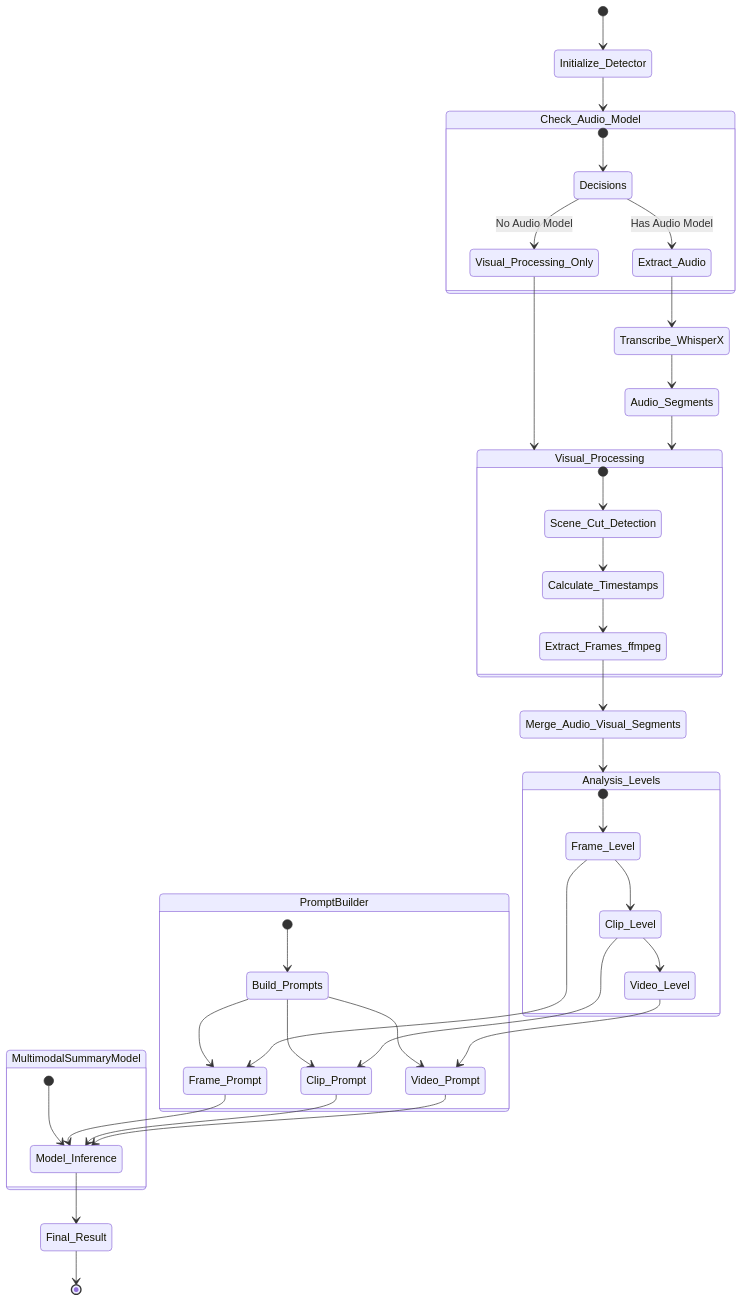
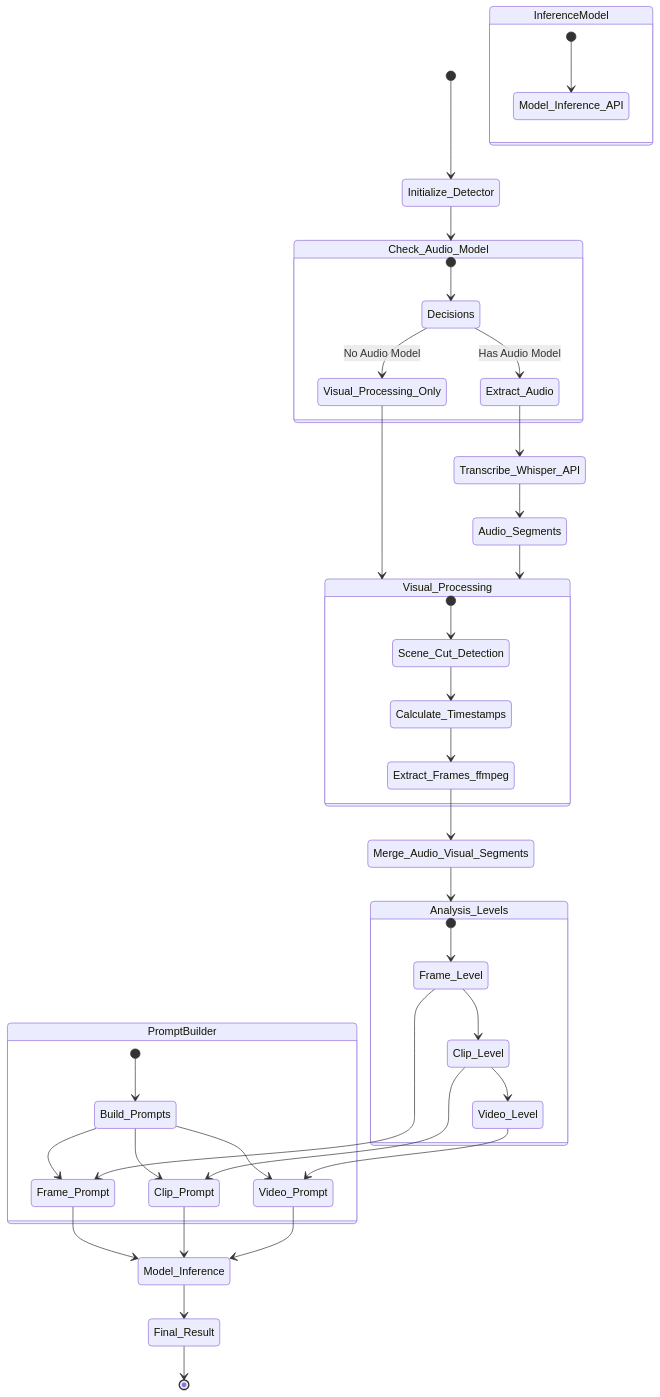
Before and after one commit to ssciwr/AMMICO: the diagram in docs/modules/video_summary.md, drawn with Mermaid. The commit also changed other lines of this file and 27 other files, not shown here.

First line of the commit message:
External inference api (#303)

````diff
--- a/docs/modules/video_summary.md
+++ b/docs/modules/video_summary.md
@@ -119,55 +120,55 @@
 ```mermaid
 stateDiagram-v2
     [*] --> Initialize_Detector
     Initialize_Detector --> Check_Audio_Model
 
     state Check_Audio_Model {
         [*] --> Decisions
         Decisions --> Extract_Audio : Has Audio Model
         Decisions --> Visual_Processing_Only : No Audio Model
     }
 
-    Extract_Audio --> Transcribe_WhisperX
-    Transcribe_WhisperX --> Audio_Segments
+    Extract_Audio --> Transcribe_Whisper_API
+    Transcribe_Whisper_API --> Audio_Segments
 
     state Visual_Processing {
         [*] --> Scene_Cut_Detection
         Scene_Cut_Detection --> Calculate_Timestamps
         Calculate_Timestamps --> Extract_Frames_ffmpeg
     }
 
     Visual_Processing_Only --> Visual_Processing
     Audio_Segments --> Visual_Processing
     Extract_Frames_ffmpeg --> Merge_Audio_Visual_Segments
 
     state Analysis_Levels {
         [*] --> Frame_Level
         Frame_Level --> Clip_Level
         Clip_Level --> Video_Level
     }
 
     Merge_Audio_Visual_Segments --> Analysis_Levels
 
-    state MultimodalSummaryModel {
-        [*] --> Model_Inference
+    state InferenceModel {
+        [*] --> Model_Inference_API
     }
     
     state PromptBuilder {
         [*] --> Build_Prompts
         Build_Prompts --> Frame_Prompt
         Build_Prompts --> Clip_Prompt
         Build_Prompts --> Video_Prompt
     }
 
     Frame_Level --> Frame_Prompt
     Frame_Prompt --> Model_Inference
     
     Clip_Level --> Clip_Prompt
     Clip_Prompt --> Model_Inference
     
     Video_Level --> Video_Prompt
     Video_Prompt --> Model_Inference
 
     Model_Inference --> Final_Result
     Final_Result --> [*]
 ```
````
